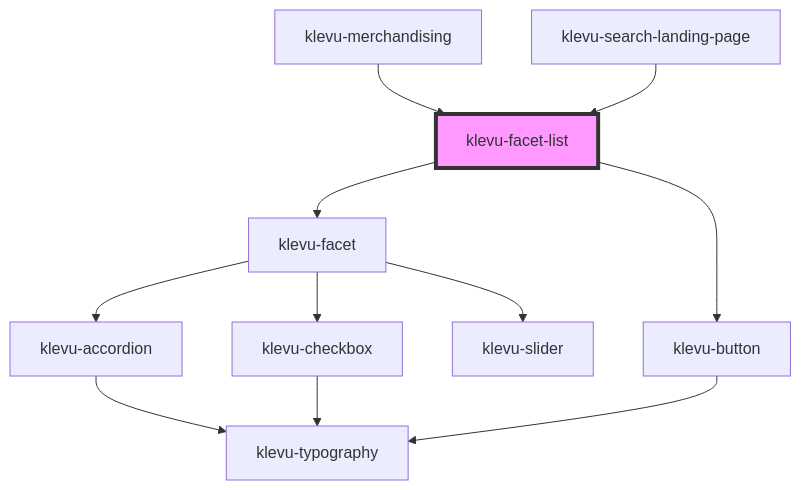
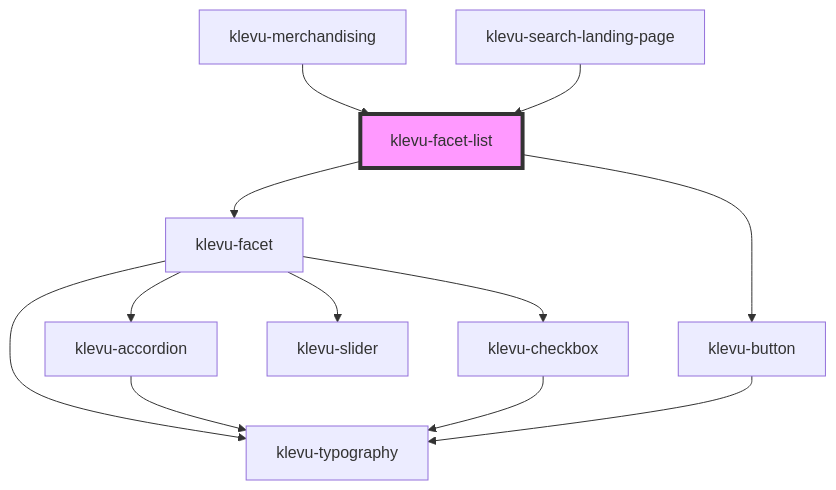
One commit to klevultd/frontend-sdk changed the diagram in packages/klevu-ui/src/components/klevu-facet-list/readme.md. Above: the diagram before and after it, drawn with Mermaid. The commit also changed 35 other files, not shown here.

````diff
--- a/packages/klevu-ui/src/components/klevu-facet-list/readme.md
+++ b/packages/klevu-ui/src/components/klevu-facet-list/readme.md
@@ -43,14 +43,15 @@
 ```mermaid
 graph TD;
   klevu-facet-list --> klevu-facet
   klevu-facet-list --> klevu-button
   klevu-facet --> klevu-accordion
+  klevu-facet --> klevu-typography
   klevu-facet --> klevu-slider
   klevu-facet --> klevu-checkbox
   klevu-accordion --> klevu-typography
   klevu-checkbox --> klevu-typography
   klevu-button --> klevu-typography
   klevu-merchandising --> klevu-facet-list
   klevu-search-landing-page --> klevu-facet-list
   style klevu-facet-list fill:#f9f,stroke:#333,stroke-width:4px
 ```
````
